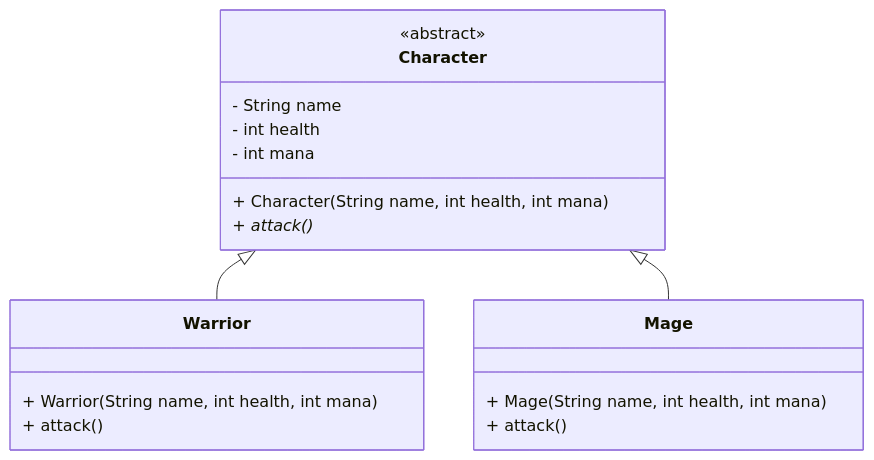
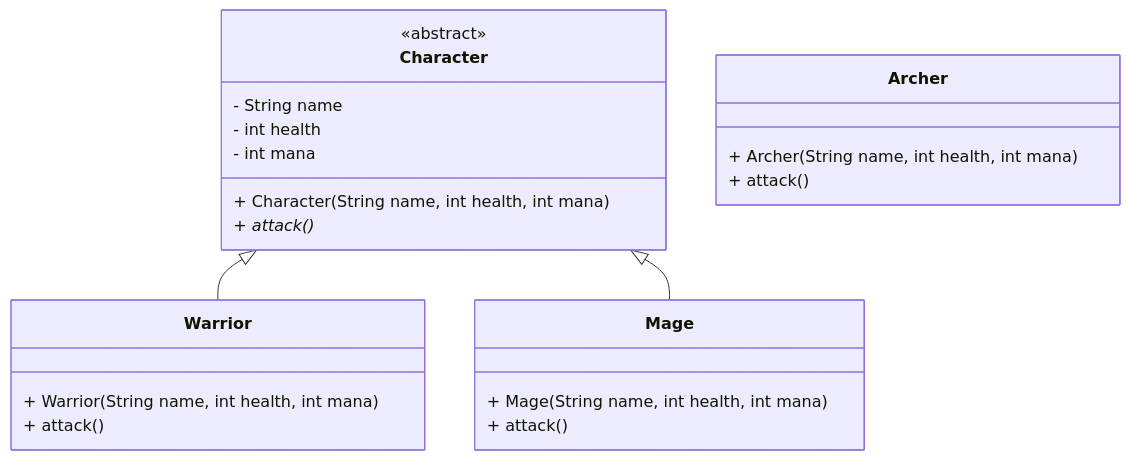
One commit to sigenogoro/publishJavaLearnCode changed the diagram in src/main/java/org/learn/example/course/abstractlearn/Character/README.md. Above: the diagram before and after it, drawn with Mermaid.

Commit message:
クラス図の修正

````diff
--- a/src/main/java/org/learn/example/course/abstractlearn/Character/README.md
+++ b/src/main/java/org/learn/example/course/abstractlearn/Character/README.md
@@ -3,24 +3,29 @@
 ```mermaid
 classDiagram
     class Character {
         <<abstract>>
         - String name
         - int health
         - int mana
         + Character(String name, int health, int mana)
         + attack()*
     }
 
     class Warrior {
         + Warrior(String name, int health, int mana)
         + attack()
     }
 
     class Mage {
         + Mage(String name, int health, int mana)
         + attack()
     }
 
+    class Archer {
+        + Archer(String name, int health, int mana)
+        + attack()
+    }
+
     Character <|-- Warrior
     Character <|-- Mage
 ```
````
